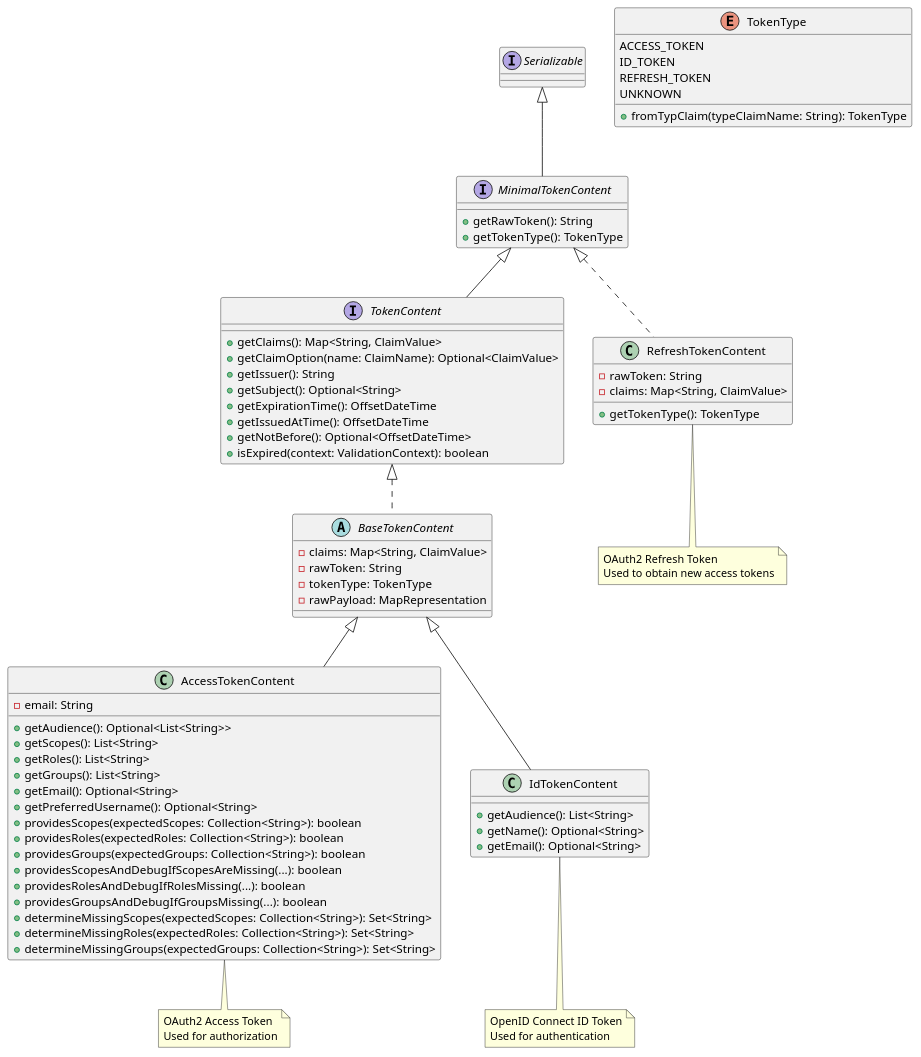
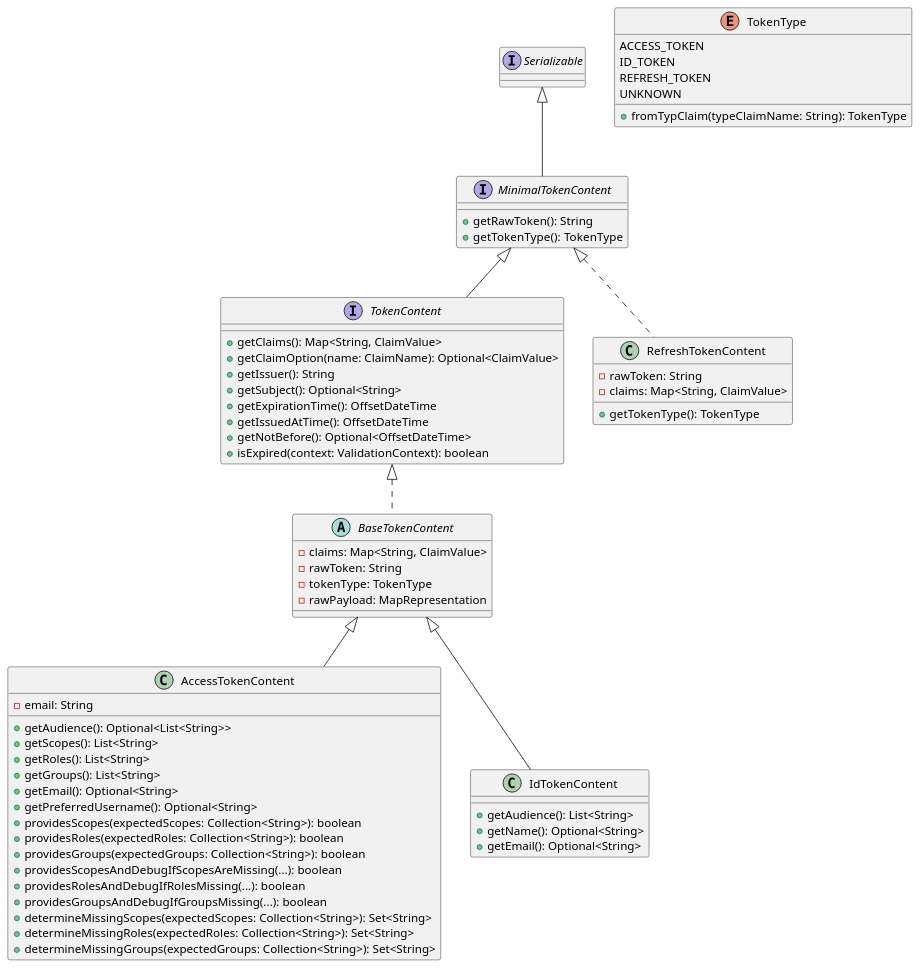
One commit to cuioss/cui-jwt changed the diagram in doc/plantuml/token-types.puml. Above: the diagram before and after it, drawn with PlantUML. The commit also changed 1 other file, not shown here.

Commit message:
docs: Remove obvious notes from token-types diagram
Removed three notes that stated the obvious:
- "OAuth2 Access Token - Used for authorization"
- "OpenID Connect ID Token - Used for authentication"
- "OAuth2 Refresh Token - Used to obtain new access tokens"

The class names already clearly indicate the token types.
Cleaner diagram with same information.

🤖 Generated with [Claude Code](https://claude.com/claude-code)

```diff
--- a/doc/plantuml/token-types.puml
+++ b/doc/plantuml/token-types.puml
@@ -1,90 +1,75 @@
 @startuml
 
 interface "Serializable" as Serializable {
 }
 
 interface "MinimalTokenContent" as MinimalTokenContent {
   +getRawToken(): String
   +getTokenType(): TokenType
 }
 
 interface "TokenContent" as TokenContent {
   +getClaims(): Map<String, ClaimValue>
   +getClaimOption(name: ClaimName): Optional<ClaimValue>
   +getIssuer(): String
   +getSubject(): Optional<String>
   +getExpirationTime(): OffsetDateTime
   +getIssuedAtTime(): OffsetDateTime
   +getNotBefore(): Optional<OffsetDateTime>
   +isExpired(context: ValidationContext): boolean
 }
 
 abstract class "BaseTokenContent" as BaseTokenContent {
   -claims: Map<String, ClaimValue>
   -rawToken: String
   -tokenType: TokenType
   -rawPayload: MapRepresentation
 }
 
 class "AccessTokenContent" as AccessTokenContent {
   -email: String
   +getAudience(): Optional<List<String>>
   +getScopes(): List<String>
   +getRoles(): List<String>
   +getGroups(): List<String>
   +getEmail(): Optional<String>
   +getPreferredUsername(): Optional<String>
   +providesScopes(expectedScopes: Collection<String>): boolean
   +providesRoles(expectedRoles: Collection<String>): boolean
   +providesGroups(expectedGroups: Collection<String>): boolean
   +providesScopesAndDebugIfScopesAreMissing(...): boolean
   +providesRolesAndDebugIfRolesMissing(...): boolean
   +providesGroupsAndDebugIfGroupsMissing(...): boolean
   +determineMissingScopes(expectedScopes: Collection<String>): Set<String>
   +determineMissingRoles(expectedRoles: Collection<String>): Set<String>
   +determineMissingGroups(expectedGroups: Collection<String>): Set<String>
 }
 
 class "IdTokenContent" as IdTokenContent {
   +getAudience(): List<String>
   +getName(): Optional<String>
   +getEmail(): Optional<String>
 }
 
 class "RefreshTokenContent" as RefreshTokenContent {
   -rawToken: String
   -claims: Map<String, ClaimValue>
   +getTokenType(): TokenType
 }
 
 enum "TokenType" as TokenType {
   ACCESS_TOKEN
   ID_TOKEN
   REFRESH_TOKEN
   UNKNOWN
   +fromTypClaim(typeClaimName: String): TokenType
 }
 
 Serializable <|-- MinimalTokenContent
 MinimalTokenContent <|-- TokenContent
 TokenContent <|.. BaseTokenContent
 MinimalTokenContent <|.. RefreshTokenContent
 BaseTokenContent <|-- AccessTokenContent
 BaseTokenContent <|-- IdTokenContent
 
-note bottom of AccessTokenContent
-  OAuth2 Access Token
-  Used for authorization
-end note
-
-note bottom of IdTokenContent
-  OpenID Connect ID Token
-  Used for authentication
-end note
-
-note bottom of RefreshTokenContent
-  OAuth2 Refresh Token
-  Used to obtain new access tokens
-end note
-
 @enduml
```
